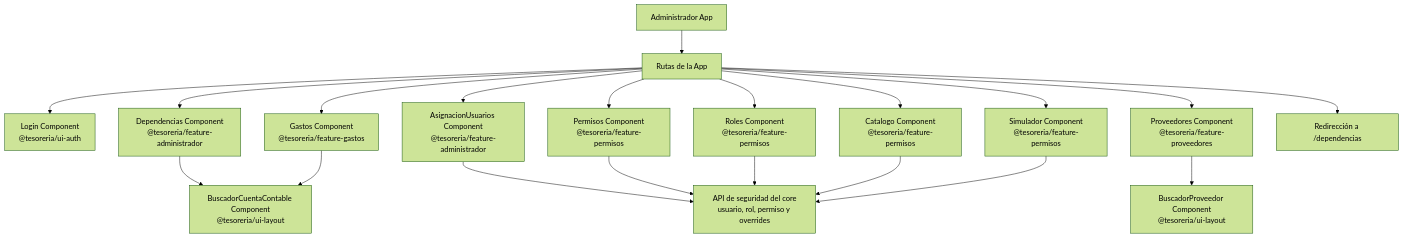
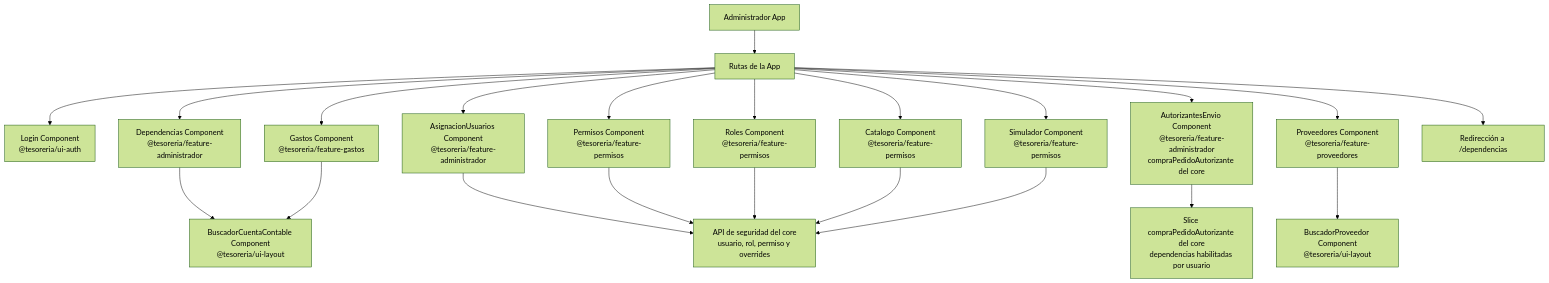
The fourth of 7 diagrams in docs/architecture.md (UM-services/UM.tesoreria.frontend-client), drawn with Mermaid (forest theme) before and after one commit. The commit also changed other lines of this file and 1 other file, not shown here.

First line of the commit message:
docs: reflejar bandeja, consulta y autorizantes

````diff
--- a/docs/architecture.md
+++ b/docs/architecture.md
@@ -177,23 +186,25 @@
 ```mermaid
     flowchart TD
     AdminApp["Administrador App"] --> AppRoutes["Rutas de la App"]
     AppRoutes --> Login["Login Component<br/>@tesoreria/ui-auth"]
     AppRoutes --> Dependencias["Dependencias Component<br/>@tesoreria/feature-administrador"]
     AppRoutes --> Asignaciones["AsignacionUsuarios Component<br/>@tesoreria/feature-administrador"]
+    AppRoutes --> Autorizantes["AutorizantesEnvio Component<br/>@tesoreria/feature-administrador<br/>compraPedidoAutorizante del core"]
     AppRoutes --> Proveedores["Proveedores Component<br/>@tesoreria/feature-proveedores"]
     AppRoutes --> Gastos["Gastos Component<br/>@tesoreria/feature-gastos"]
     AppRoutes --> Permisos["Permisos Component<br/>@tesoreria/feature-permisos"]
     AppRoutes --> Roles["Roles Component<br/>@tesoreria/feature-permisos"]
     AppRoutes --> Catalogo["Catalogo Component<br/>@tesoreria/feature-permisos"]
     AppRoutes --> Simulador["Simulador Component<br/>@tesoreria/feature-permisos"]
     AppRoutes --> Redirect["Redirección a /dependencias"]
 
     Dependencias --> BuscadorCuentaContable["BuscadorCuentaContable Component<br/>@tesoreria/ui-layout"]
     Asignaciones --> PermisosAPI["API de seguridad del core<br/>usuario, rol, permiso y overrides"]
+    Autorizantes --> AutorizantesAPI["Slice compraPedidoAutorizante del core<br/>dependencias habilitadas por usuario"]
     Permisos --> PermisosAPI
     Roles --> PermisosAPI
     Catalogo --> PermisosAPI
     Simulador --> PermisosAPI
     Proveedores --> BuscadorProveedor["BuscadorProveedor Component<br/>@tesoreria/ui-layout"]
     Gastos --> BuscadorCuentaContable
 ```
````
